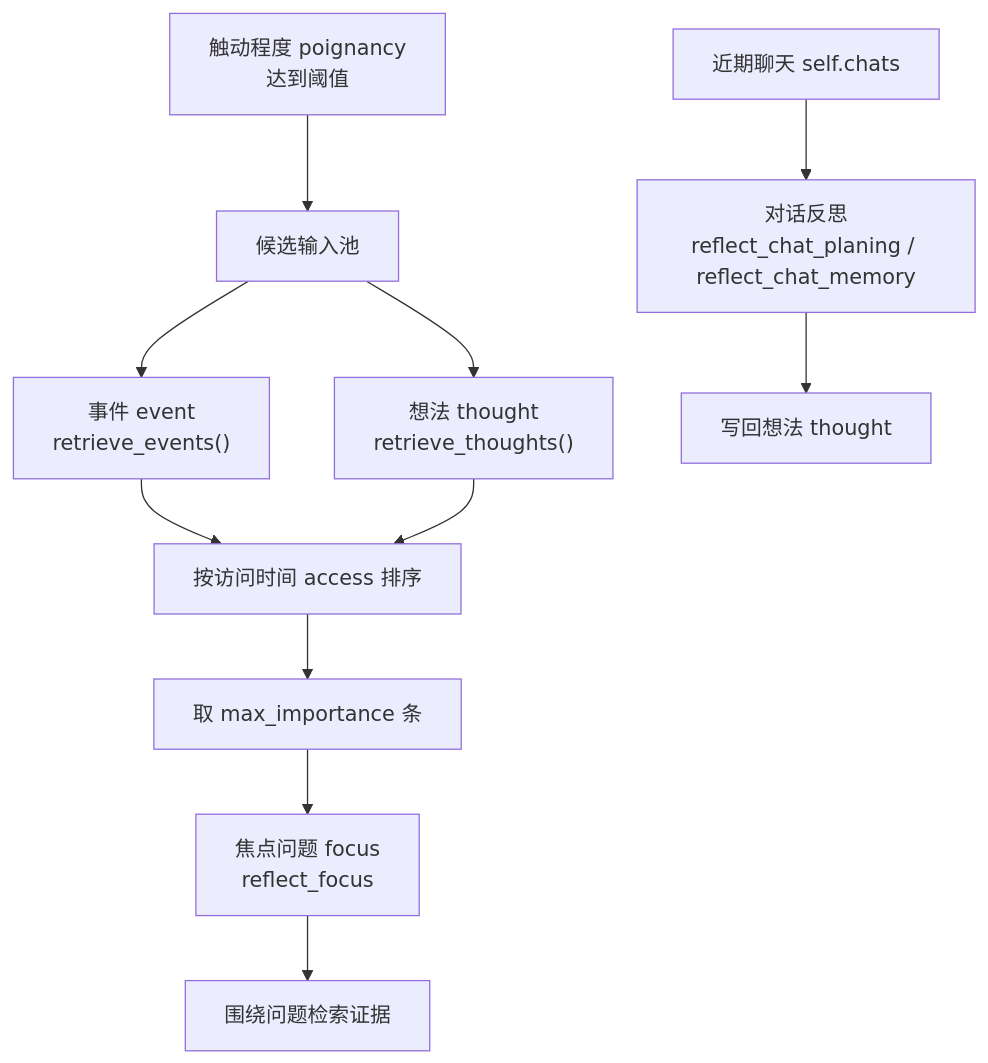
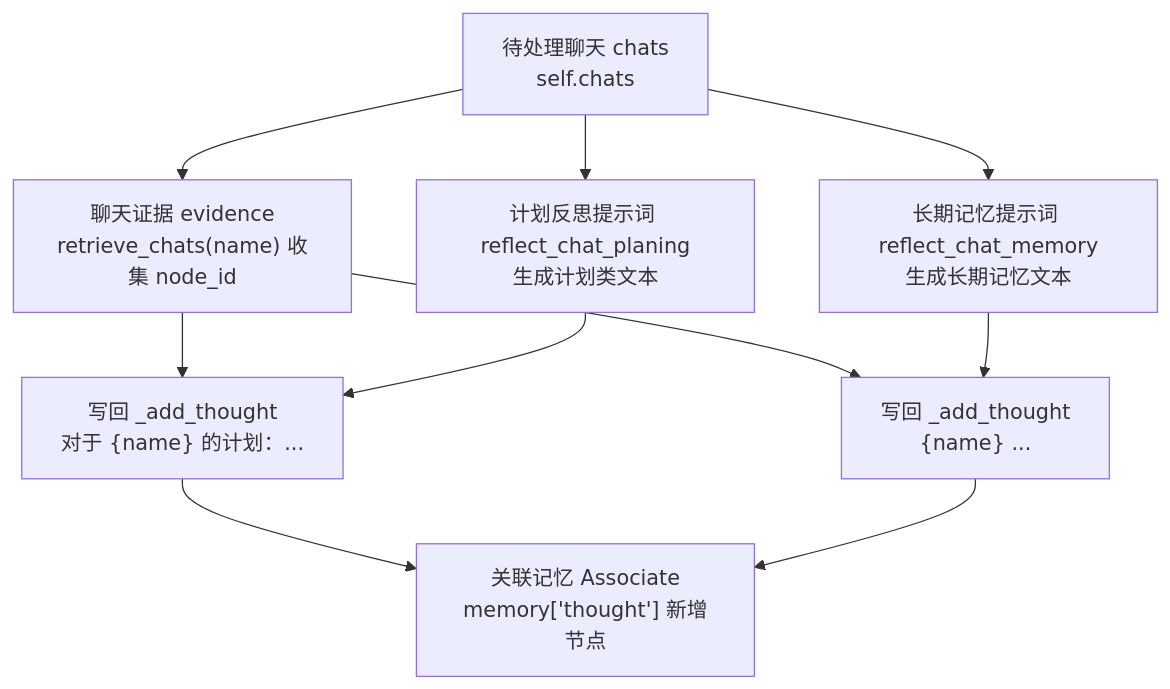
Before and after one commit to tbkken/GenerativeAgentsCN: the third of 3 diagrams in docs/book/manuscript/part_01/chapter_07.md, drawn with Mermaid. The commit also changed other lines of this file and 78 other files, not shown here.

````diff
--- a/docs/book/manuscript/part_01/chapter_07.md
+++ b/docs/book/manuscript/part_01/chapter_07.md
@@ -225,14 +308,12 @@
 ```mermaid
 flowchart TD
-    Trigger["触动程度 poignancy<br/>达到阈值"] --> Pool["候选输入池"]
-    Pool --> Events["事件 event<br/>retrieve_events()"]
-    Pool --> Thoughts["想法 thought<br/>retrieve_thoughts()"]
-    Events --> Sort["按访问时间 access 排序"]
-    Thoughts --> Sort
-    Sort --> Limit["取 max_importance 条"]
-    Limit --> Focus["焦点问题 focus<br/>reflect_focus"]
-
-    Chats["近期聊天 self.chats"] --> ChatReflect["对话反思<br/>reflect_chat_planing / reflect_chat_memory"]
-    ChatReflect --> Thought["写回想法 thought"]
-    Focus --> Evidence["围绕问题检索证据"]
+    Chats["待处理聊天 chats<br/>self.chats"] --> Evidence["聊天证据 evidence<br/>retrieve_chats(name) 收集 node_id"]
+    Chats --> PlanPrompt["计划反思提示词 reflect_chat_planing<br/>生成计划类文本"]
+    Chats --> MemoryPrompt["长期记忆提示词 reflect_chat_memory<br/>生成长期记忆文本"]
+    Evidence --> AddPlan["写回 _add_thought<br/>对于 {name} 的计划：..."]
+    PlanPrompt --> AddPlan
+    Evidence --> AddMemory["写回 _add_thought<br/>{name} ..."]
+    MemoryPrompt --> AddMemory
+    AddPlan --> Associate["关联记忆 Associate<br/>memory['thought'] 新增节点"]
+    AddMemory --> Associate
 ```
````
